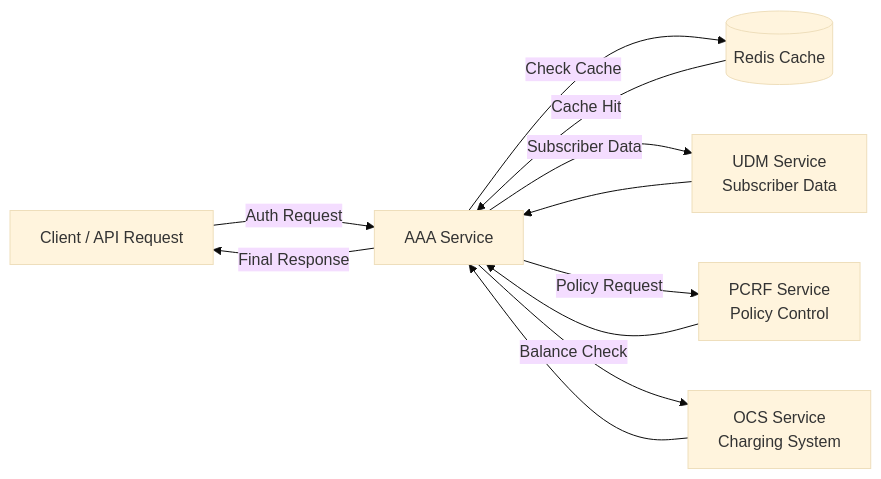
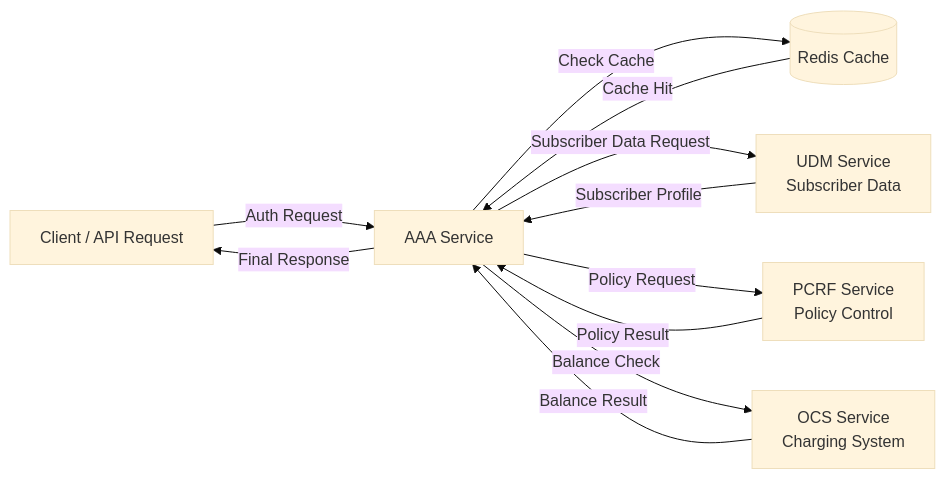
The diagram in README.md (marijan-madunic/telecom-lab), drawn with Mermaid (base theme) before and after one commit. The commit also changed other lines of this file, not shown here.

````diff
--- a/README.md
+++ b/README.md
@@ -62,30 +53,26 @@
 ```mermaid
 flowchart LR
 
     Client[Client / API Request]
 
     AAA[AAA Service]
-
     Redis[(Redis Cache)]
-
-    UDM[UDM Service\nSubscriber Data]
-
-    PCRF[PCRF Service\nPolicy Control]
-
-    OCS[OCS Service\nCharging System]
+    UDM[UDM Service<br/>Subscriber Data]
+    PCRF[PCRF Service<br/>Policy Control]
+    OCS[OCS Service<br/>Charging System]
 
     Client -->|Auth Request| AAA
 
     AAA -->|Check Cache| Redis
     Redis -->|Cache Hit| AAA
 
-    AAA -->|Subscriber Data| UDM
+    AAA -->|Subscriber Data Request| UDM
     AAA -->|Policy Request| PCRF
     AAA -->|Balance Check| OCS
 
-    UDM --> AAA
-    PCRF --> AAA
-    OCS --> AAA
+    UDM -->|Subscriber Profile| AAA
+    PCRF -->|Policy Result| AAA
+    OCS -->|Balance Result| AAA
 
     AAA -->|Final Response| Client
 ```
````
